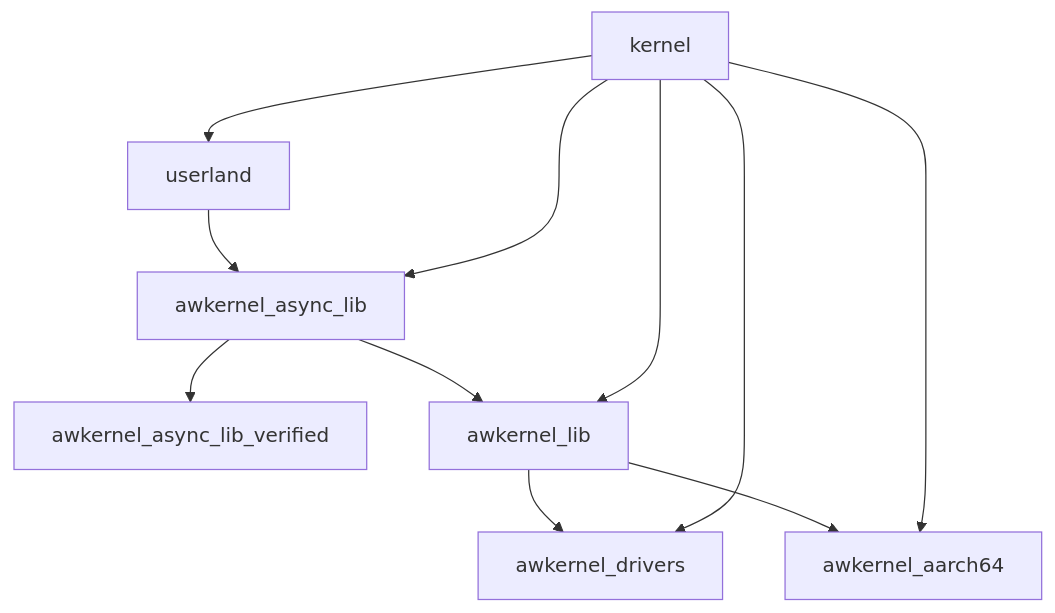
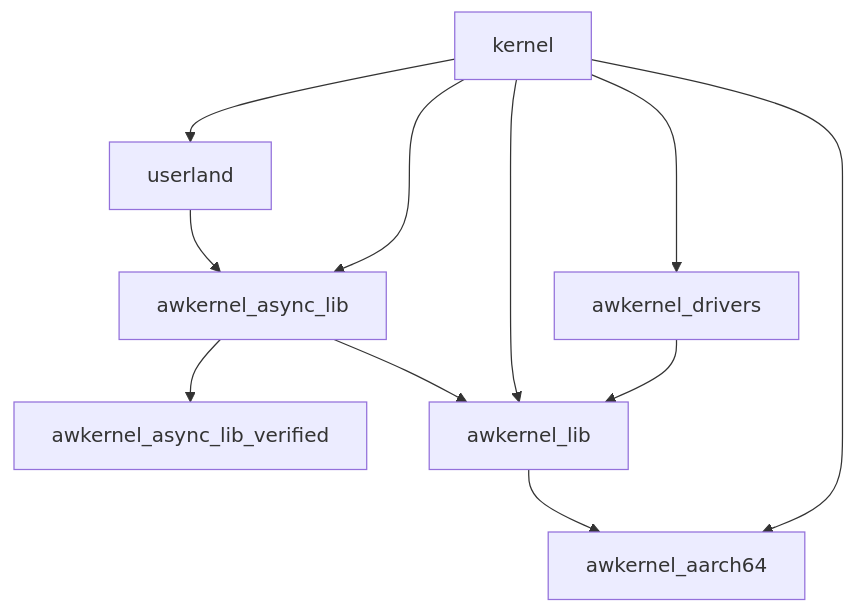
One commit to tier4/awkernel changed the diagram in README.md. Above: the diagram before and after it, drawn with Mermaid. The commit also changed 8 other files, not shown here.

````diff
--- a/README.md
+++ b/README.md
@@ -54,13 +54,13 @@
 ```mermaid
 graph TD;
     awkernel_async_lib-->awkernel_async_lib_verified;
-    awkernel_lib-->awkernel_drivers;
     awkernel_lib-->awkernel_aarch64;
     awkernel_async_lib-->awkernel_lib;
     userland-->awkernel_async_lib;
     kernel-->awkernel_lib;
     kernel-->awkernel_async_lib;
     kernel-->awkernel_aarch64;
     kernel-->awkernel_drivers;
+    awkernel_drivers-->awkernel_lib;
     kernel-->userland;
 ```
````
